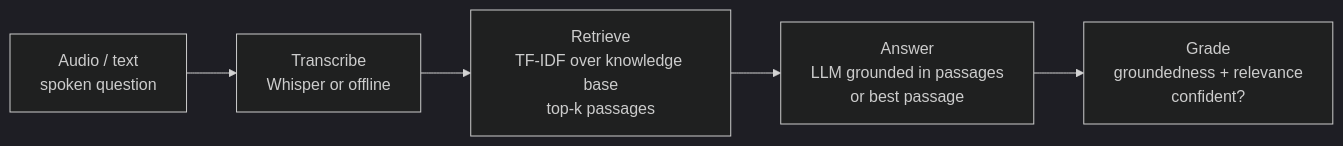
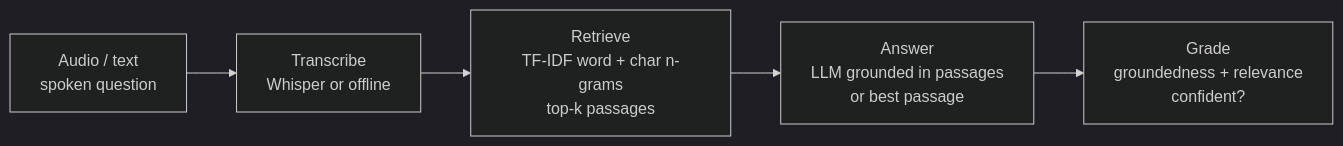
One commit to Angelsoul35/voiceqa changed the diagram in README.md. Above: the diagram before and after it, drawn with Mermaid (dark theme). The commit also changed other lines of this file and 10 other files, not shown here.

````diff
--- a/README.md
+++ b/README.md
@@ -35,7 +35,7 @@
 ```mermaid
 flowchart LR
     A[Audio / text<br/>spoken question] --> B[Transcribe<br/>Whisper or offline]
-    B --> C[Retrieve<br/>TF-IDF over knowledge base<br/>top-k passages]
+    B --> C[Retrieve<br/>TF-IDF word + char n-grams<br/>top-k passages]
     C --> D[Answer<br/>LLM grounded in passages<br/>or best passage]
     D --> E[Grade<br/>groundedness + relevance<br/>confident?]
 ```
````
